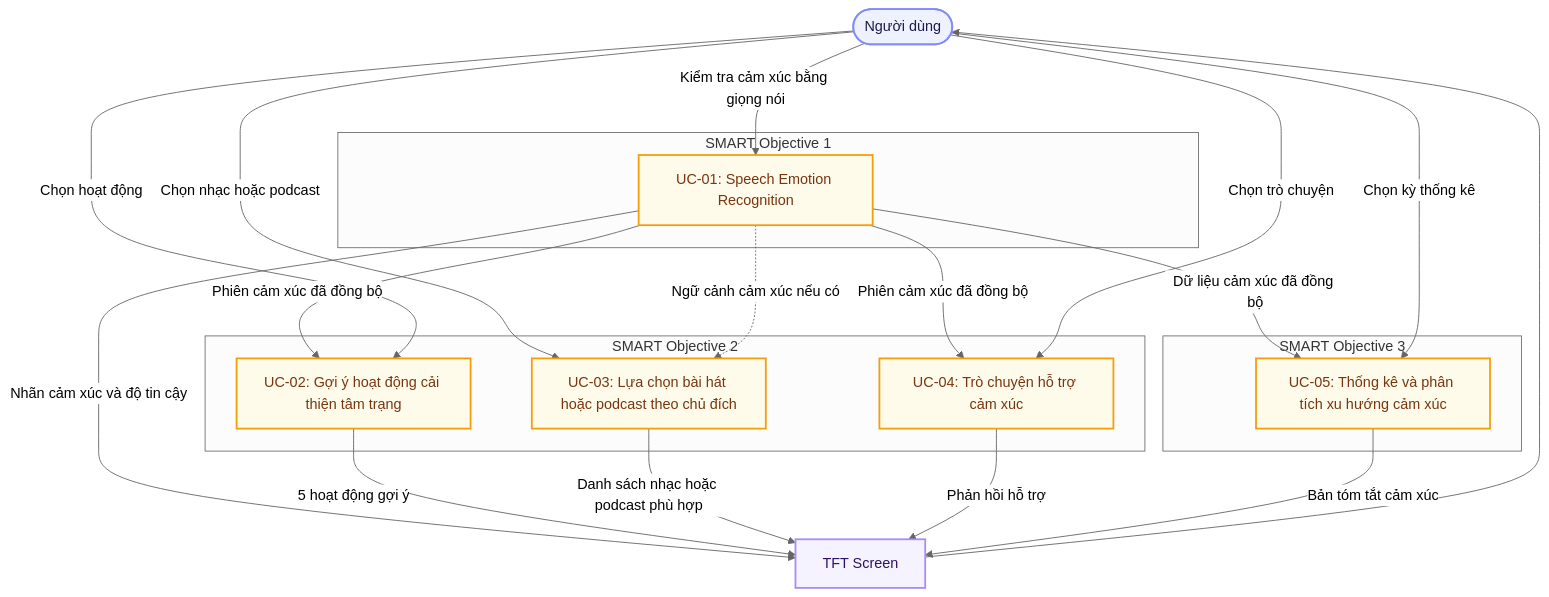
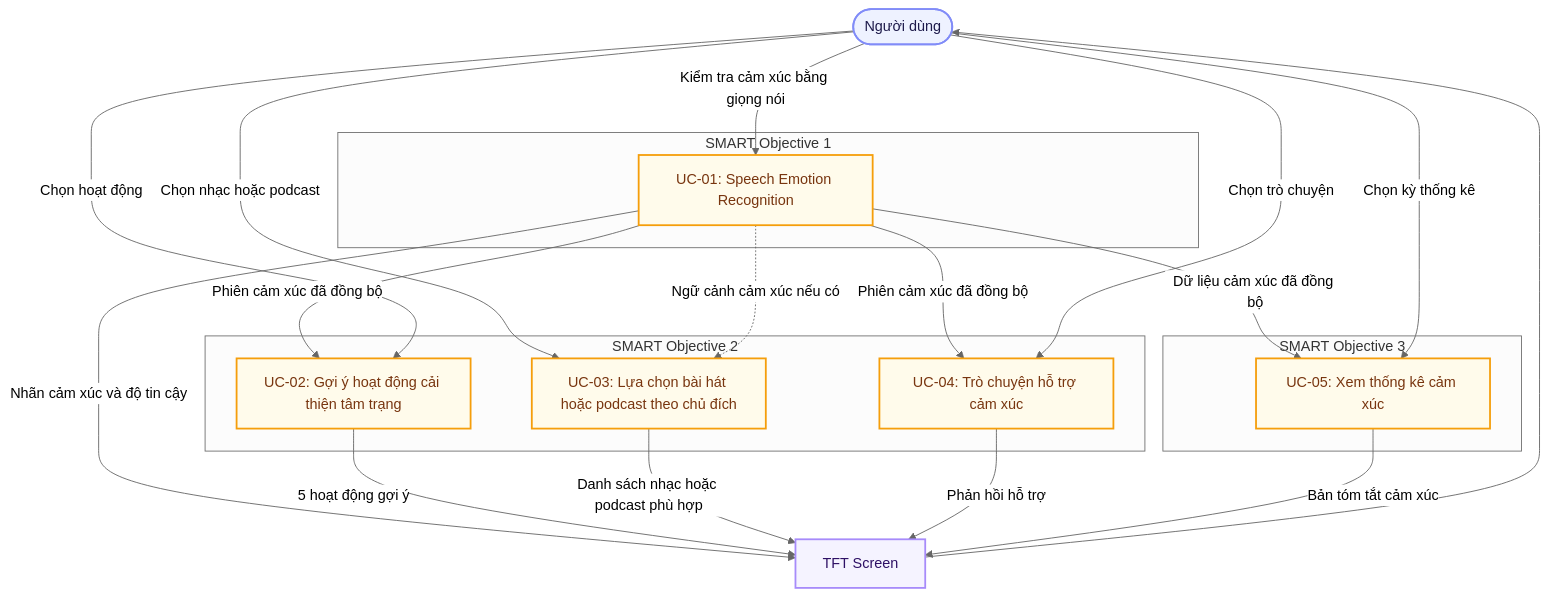
One commit to Computer-Vision-HCMUS/AIoT-Server changed the first of 6 diagrams in docs/Spectification/EmotiCareAIoT/03_Objectives.md. Above: the diagram before and after it, drawn with Mermaid (neutral theme). The commit also changed other lines of this file and 14 other files, not shown here.

````diff
--- a/docs/Spectification/EmotiCareAIoT/03_Objectives.md
+++ b/docs/Spectification/EmotiCareAIoT/03_Objectives.md
@@ -33,46 +33,46 @@
 ```mermaid
 flowchart TD
     User(["Người dùng"])
     TFT["TFT Screen"]
 
     subgraph O1["SMART Objective 1"]
         UC1["UC-01: Speech Emotion Recognition"]
     end
 
     subgraph O2["SMART Objective 2"]
         UC2["UC-02: Gợi ý hoạt động cải thiện tâm trạng"]
         UC3["UC-03: Lựa chọn bài hát hoặc podcast theo chủ đích"]
         UC4["UC-04: Trò chuyện hỗ trợ cảm xúc"]
     end
 
     subgraph O3["SMART Objective 3"]
-        UC5["UC-05: Thống kê và phân tích xu hướng cảm xúc"]
+        UC5["UC-05: Xem thống kê cảm xúc"]
     end
 
     User -->|"Kiểm tra cảm xúc bằng giọng nói"| UC1
     UC1 -->|"Nhãn cảm xúc và độ tin cậy"| TFT
     UC1 -->|"Phiên cảm xúc đã đồng bộ"| UC2
     User -->|"Chọn hoạt động"| UC2
     User -->|"Chọn nhạc hoặc podcast"| UC3
     UC1 -.->|"Ngữ cảnh cảm xúc nếu có"| UC3
     UC1 -->|"Phiên cảm xúc đã đồng bộ"| UC4
     User -->|"Chọn trò chuyện"| UC4
     UC1 -->|"Dữ liệu cảm xúc đã đồng bộ"| UC5
     User -->|"Chọn kỳ thống kê"| UC5
     UC2 -->|"5 hoạt động gợi ý"| TFT
     UC3 -->|"Danh sách nhạc hoặc podcast phù hợp"| TFT
     UC4 -->|"Phản hồi hỗ trợ"| TFT
     UC5 -->|"Bản tóm tắt cảm xúc"| TFT
     TFT --> User
 
 
     classDef userNode stroke:#818cf8,fill:#eef2ff,stroke-width:2px,color:#1e1b4b
     classDef edgeNode stroke:#a78bfa,fill:#f5f3ff,stroke-width:2px,color:#2e1065
     classDef cacheNode stroke:#2dd4bf,fill:#f0fdfa,stroke-width:2px,color:#0d5a57
     classDef cloudNode stroke:#38bdf8,fill:#f0f9ff,stroke-width:2px,color:#0c3d67
     classDef serviceNode stroke:#4ade80,fill:#f0fdf4,stroke-width:2px,color:#1a3a1a
     classDef actionNode stroke:#f59e0b,fill:#fffbeb,stroke-width:2px,color:#78350f
     class User userNode
     class TFT edgeNode
     class UC1,UC2,UC3,UC4,UC5 actionNode
 ```
````
